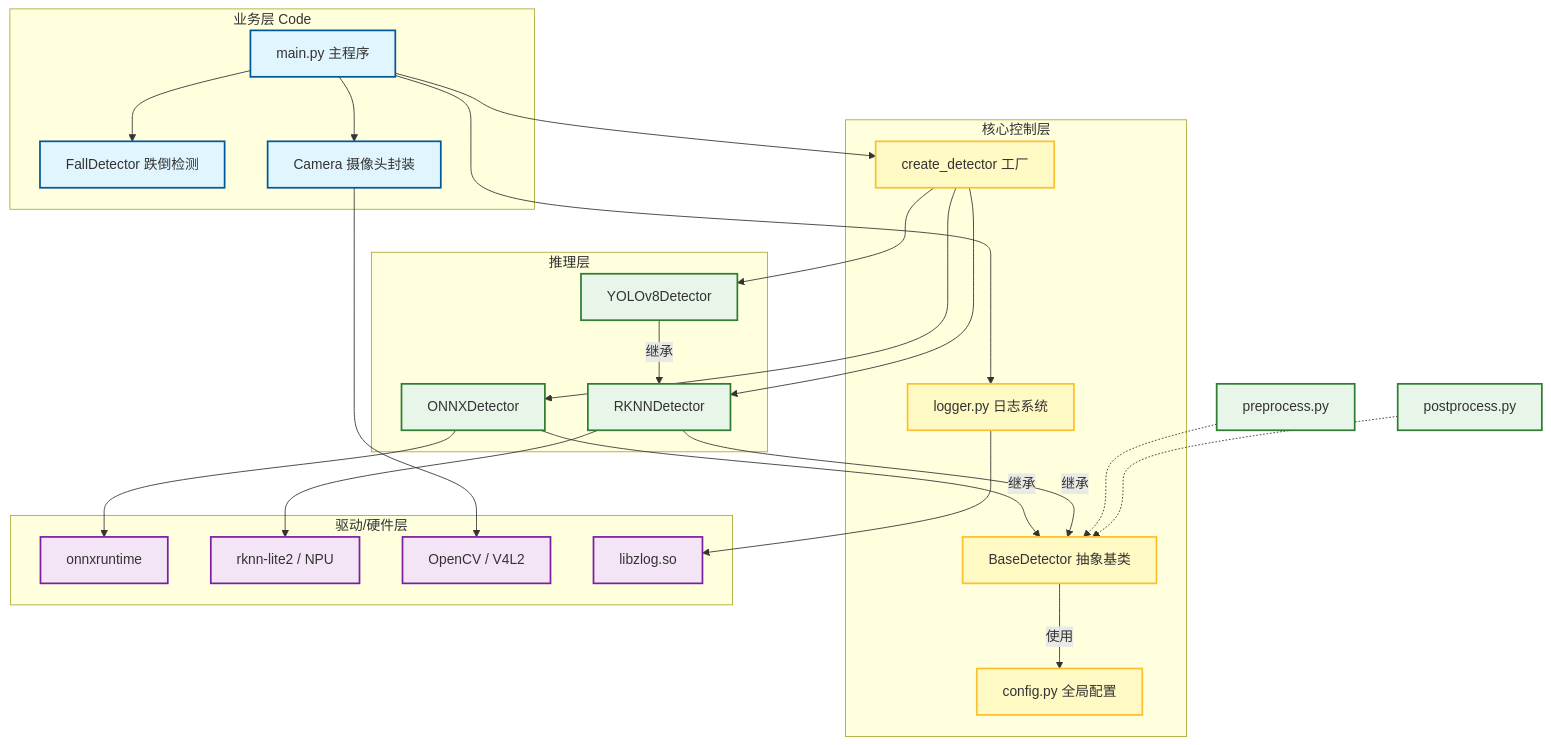
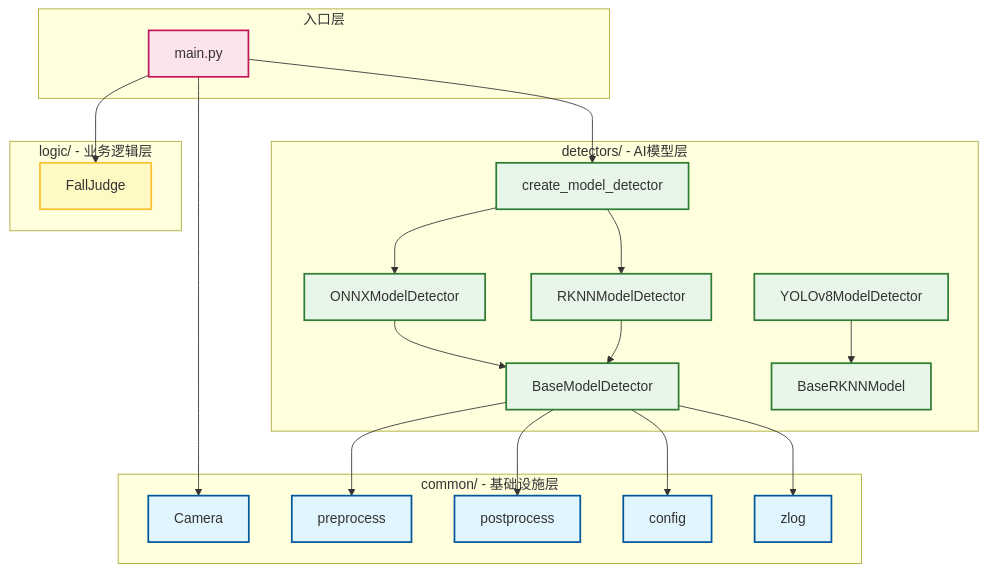
Before and after one commit to yangguobin88-beep/rk3576-ai-vision: the diagram in docs/architecture.mmd, drawn with Mermaid. The commit also changed 1 other file, not shown here.

Commit message:
docs: 更新架构图和进度报告反映重构后的结构

```diff
--- a/docs/architecture.mmd
+++ b/docs/architecture.mmd
@@ -1,53 +1,46 @@
 graph TD
-    classDef business fill:#e1f5fe,stroke:#01579b,stroke-width:2px;
-    classDef core fill:#fff9c4,stroke:#fbc02d,stroke-width:2px;
-    classDef utils fill:#e8f5e9,stroke:#2e7d32,stroke-width:2px;
-    classDef hardware fill:#f3e5f5,stroke:#7b1fa2,stroke-width:2px;
+    classDef detectors fill:#e8f5e9,stroke:#2e7d32,stroke-width:2px;
+    classDef logic fill:#fff9c4,stroke:#fbc02d,stroke-width:2px;
+    classDef common fill:#e1f5fe,stroke:#01579b,stroke-width:2px;
+    classDef entry fill:#fce4ec,stroke:#c2185b,stroke-width:2px;
 
-    subgraph Business_Layer [业务层 Code]
-        Main[main.py 主程序]:::business
-        Fall[FallDetector 跌倒检测]:::business
-        Cam[Camera 摄像头封装]:::business
+    subgraph Main [入口层]
+        Entry[main.py]:::entry
     end
 
-    subgraph Core_Layer [核心控制层]
-        Factory[create_detector 工厂]:::core
-        Base[BaseDetector 抽象基类]:::core
-        Config[config.py 全局配置]:::core
-        Logger[logger.py 日志系统]:::core
+    subgraph Detectors [detectors/ - AI模型层]
+        Factory[create_model_detector]:::detectors
+        Base[BaseModelDetector]:::detectors
+        ONNX[ONNXModelDetector]:::detectors
+        RKNN[RKNNModelDetector]:::detectors
+        YOLO[YOLOv8ModelDetector]:::detectors
+        BaseRKNN[BaseRKNNModel]:::detectors
     end
 
-    subgraph Inference_Layer [推理层]
-        ONNX[ONNXDetector]:::utils
-        RKNN[RKNNDetector]:::utils
-        YOLO[YOLOv8Detector]:::utils
+    subgraph Logic [logic/ - 业务逻辑层]
+        FallJudge[FallJudge]:::logic
     end
 
-    subgraph Driver_Layer [驱动/硬件层]
-        LibONNX[onnxruntime]:::hardware
-        LibRKNN[rknn-lite2 / NPU]:::hardware
-        LibCam[OpenCV / V4L2]:::hardware
-        LibZLog[libzlog.so]:::hardware
+    subgraph Common [common/ - 基础设施层]
+        Camera[Camera]:::common
+        Preprocess[preprocess]:::common
+        Postprocess[postprocess]:::common
+        Config[config]:::common
+        Logger[zlog]:::common
     end
 
-    Main --> Factory
-    Main --> Cam
-    Main --> Logger
-    Main --> Fall
-
+    %% 连接关系
+    Entry --> Factory
     Factory --> ONNX
     Factory --> RKNN
-    Factory --> YOLO
-
-    ONNX --继承--> Base
-    RKNN --继承--> Base
-    YOLO --继承--> RKNN
-
-    Cam --> LibCam
-    Logger --> LibZLog
-    ONNX --> LibONNX
-    RKNN --> LibRKNN
-
-    Base -->|使用| Config
-    utils_pre[preprocess.py]:::utils -.-> Base
-    utils_post[postprocess.py]:::utils -.-> Base
+    ONNX --> Base
+    RKNN --> Base
+    YOLO --> BaseRKNN
+    
+    Entry --> FallJudge
+    Entry --> Camera
+    
+    Base --> Preprocess
+    Base --> Postprocess
+    Base --> Config
+    Base --> Logger
```
